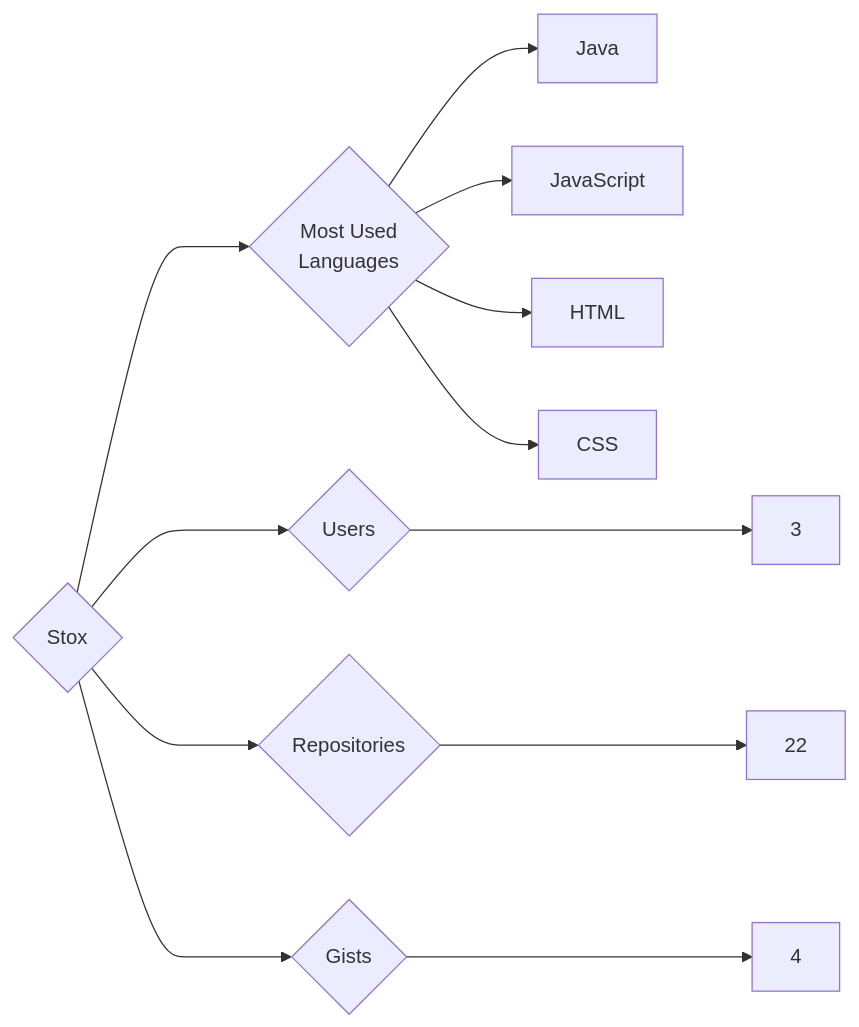
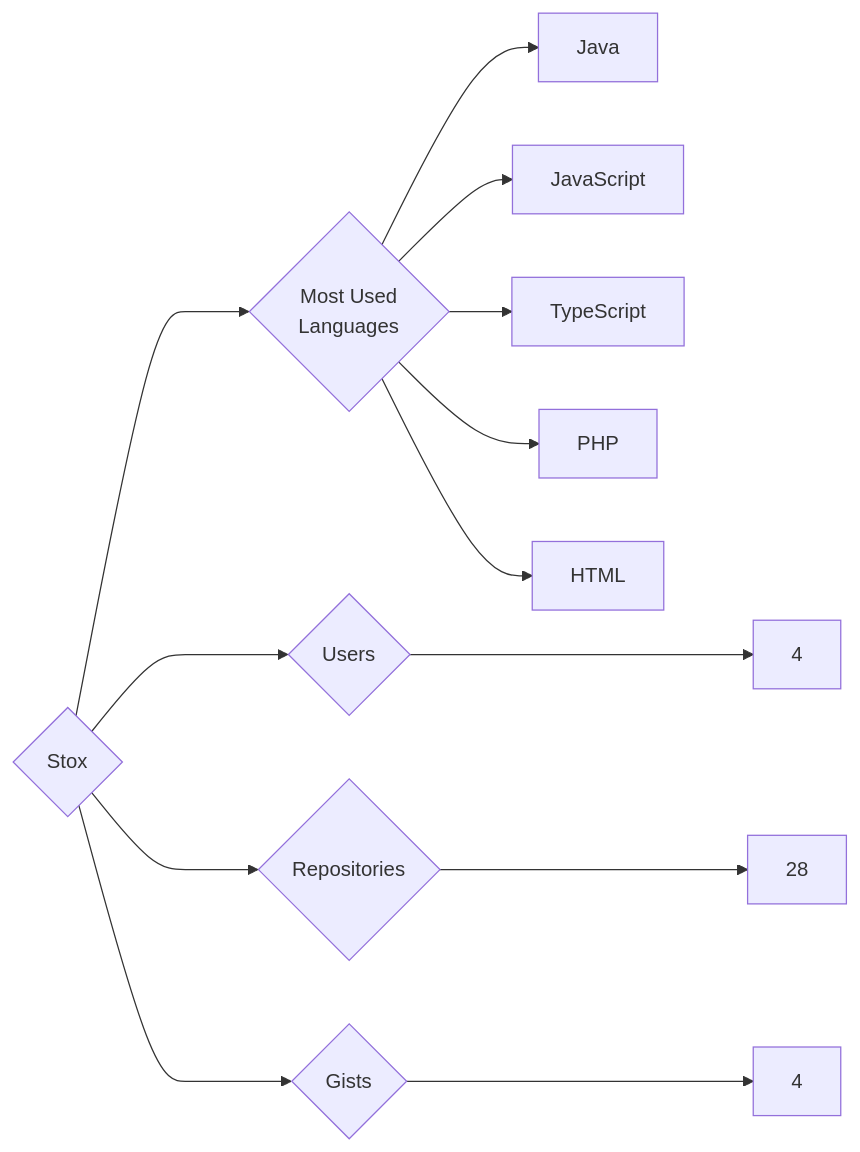
The diagram in targets/Stox/README.md (trickest/insiders), drawn with Mermaid before and after one commit. The commit also changed 1011 other files, not shown here.

````diff
--- a/targets/Stox/README.md
+++ b/targets/Stox/README.md
@@ -3,12 +3,13 @@
 ```mermaid
 graph LR
 COMPANY_NAME{Stox}
-COMPANY_NAME ---> U{Users} ---> UN[3]
-COMPANY_NAME ---> R{Repositories} ---> RN[22]
+COMPANY_NAME ---> U{Users} ---> UN[4]
+COMPANY_NAME ---> R{Repositories} ---> RN[28]
 COMPANY_NAME ---> G{Gists} ---> GN[4]
 COMPANY_NAME ---> ML{Most Used<br>Languages}
 ML --> Java[Java]
 ML --> JavaScript[JavaScript]
+ML --> TypeScript[TypeScript]
+ML --> PHP[PHP]
 ML --> HTML[HTML]
-ML --> CSS[CSS]
 ```
````
